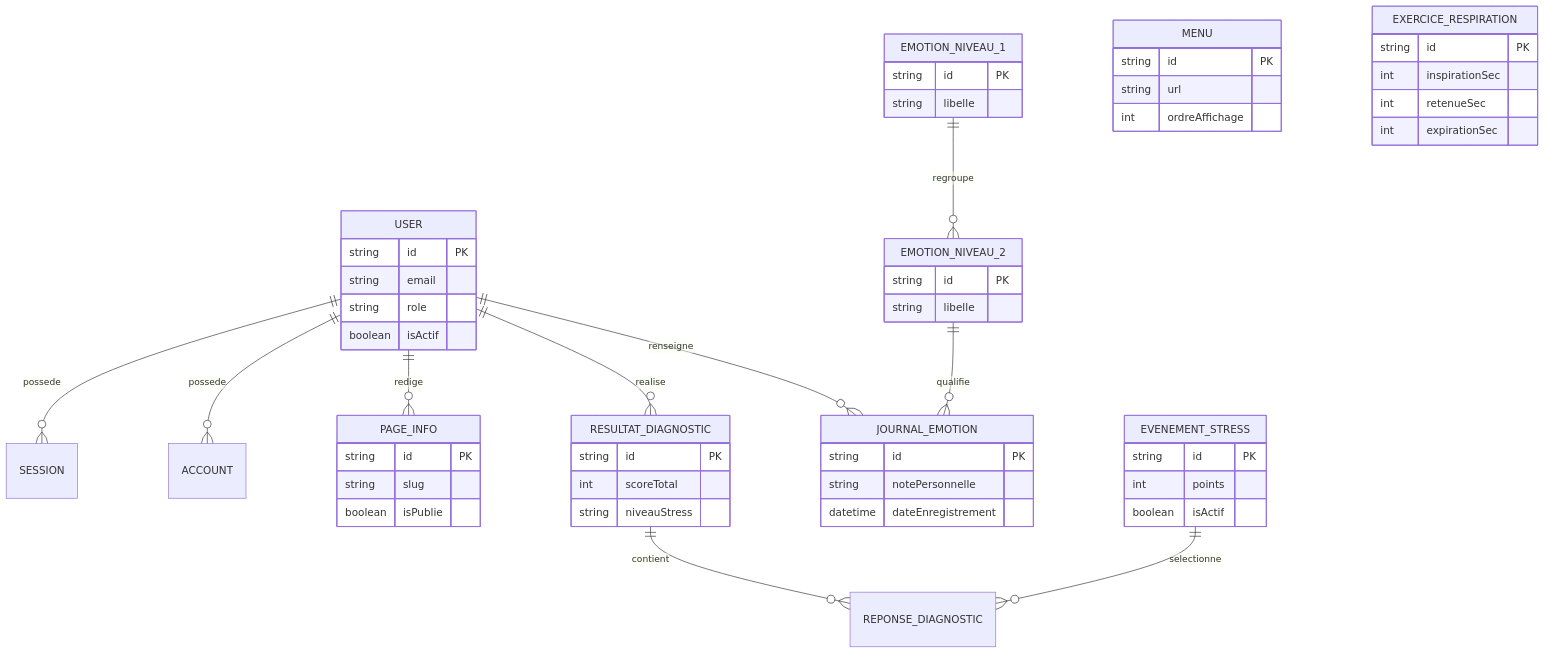
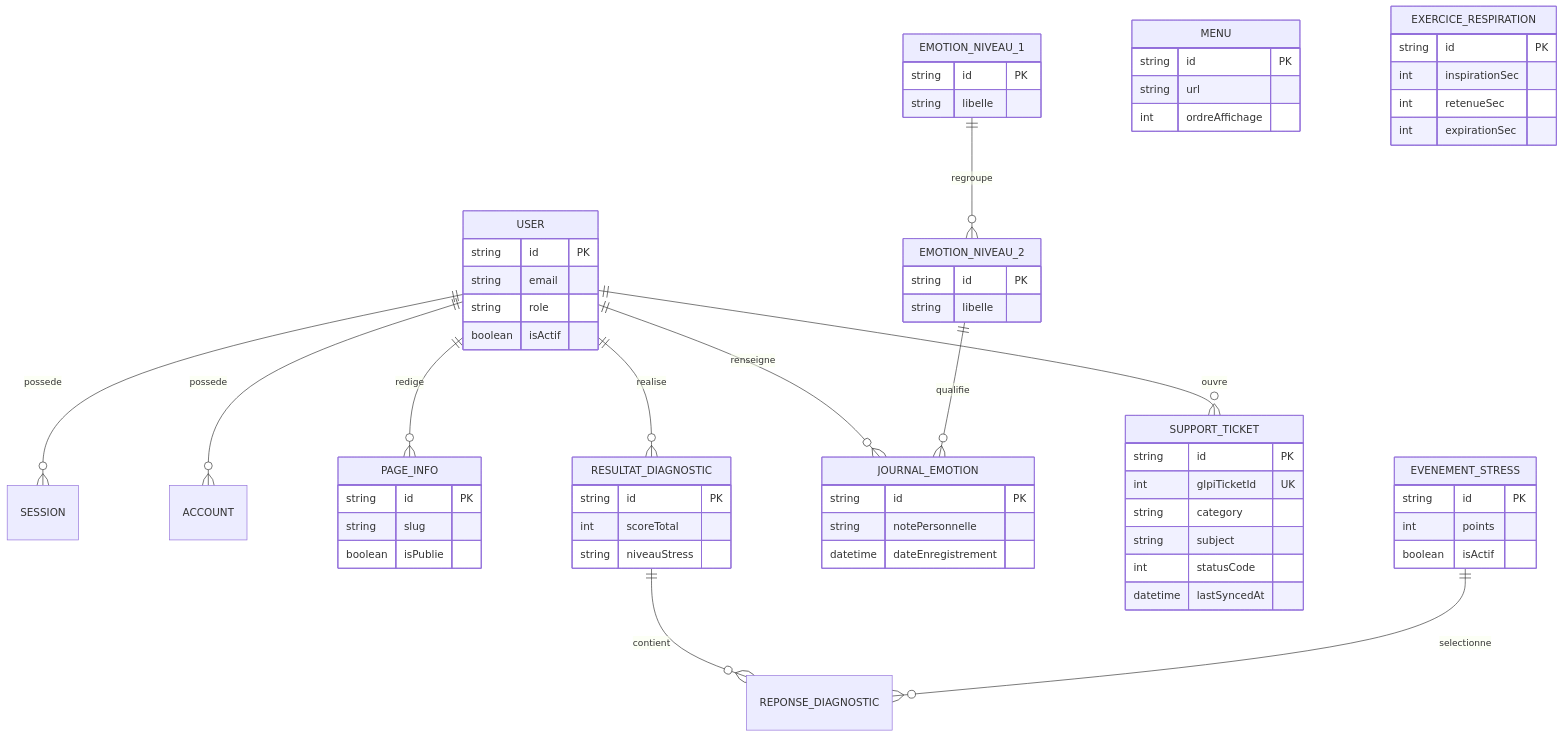
The diagram in frontend/docs/conception-base-donnees.md (axlmrie/Cesi-zen), drawn with Mermaid before and after one commit. The commit also changed other lines of this file and 39 other files, not shown here.

````diff
--- a/frontend/docs/conception-base-donnees.md
+++ b/frontend/docs/conception-base-donnees.md
@@ -7,58 +7,67 @@
 ```mermaid
 erDiagram
   USER ||--o{ SESSION : possede
   USER ||--o{ ACCOUNT : possede
   USER ||--o{ PAGE_INFO : redige
   USER ||--o{ RESULTAT_DIAGNOSTIC : realise
   USER ||--o{ JOURNAL_EMOTION : renseigne
+  USER ||--o{ SUPPORT_TICKET : ouvre
   RESULTAT_DIAGNOSTIC ||--o{ REPONSE_DIAGNOSTIC : contient
   EVENEMENT_STRESS ||--o{ REPONSE_DIAGNOSTIC : selectionne
   EMOTION_NIVEAU_1 ||--o{ EMOTION_NIVEAU_2 : regroupe
   EMOTION_NIVEAU_2 ||--o{ JOURNAL_EMOTION : qualifie
 
   USER {
     string id PK
     string email
     string role
     boolean isActif
   }
   PAGE_INFO {
     string id PK
     string slug
     boolean isPublie
   }
   MENU {
     string id PK
     string url
     int ordreAffichage
   }
   EVENEMENT_STRESS {
     string id PK
     int points
     boolean isActif
   }
   RESULTAT_DIAGNOSTIC {
     string id PK
     int scoreTotal
     string niveauStress
   }
   EMOTION_NIVEAU_1 {
     string id PK
     string libelle
   }
   EMOTION_NIVEAU_2 {
     string id PK
     string libelle
   }
   JOURNAL_EMOTION {
     string id PK
     string notePersonnelle
     datetime dateEnregistrement
   }
+  SUPPORT_TICKET {
+    string id PK
+    int glpiTicketId UK
+    string category
+    string subject
+    int statusCode
+    datetime lastSyncedAt
+  }
   EXERCICE_RESPIRATION {
     string id PK
     int inspirationSec
     int retenueSec
     int expirationSec
   }
 ```
````
